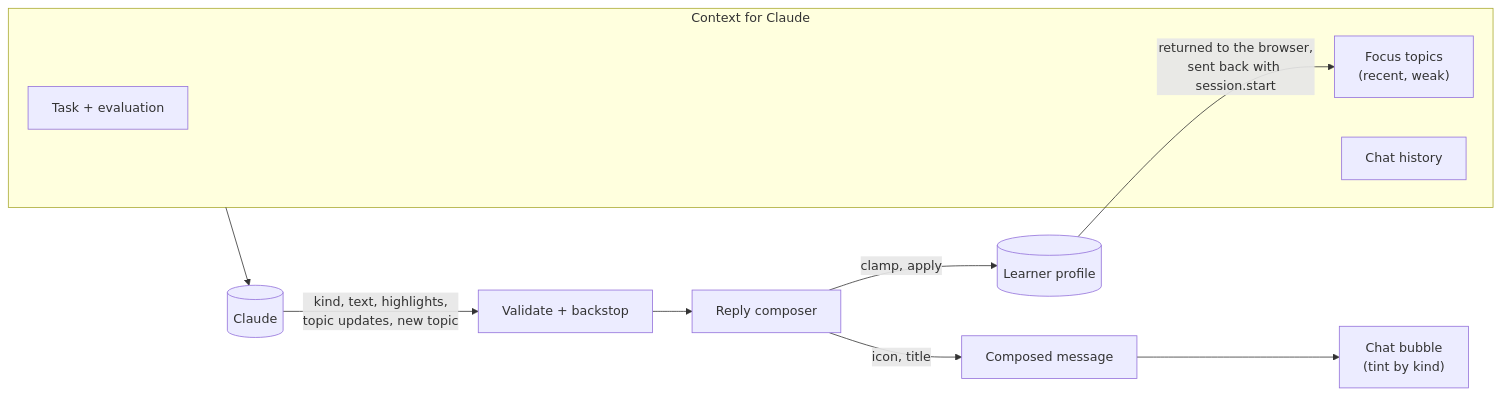
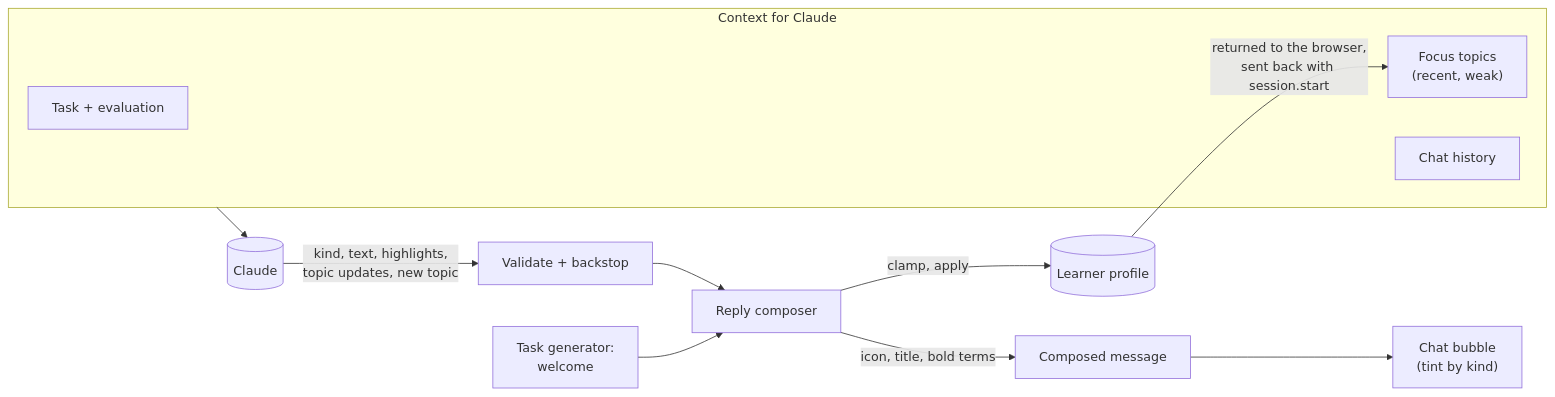
Before and after one commit to VOxFF/schematics-ai-tutor: the fourth of 5 diagrams in docs/design.md, drawn with Mermaid. The commit also changed other lines of this file, not shown here.

````diff
--- a/docs/design.md
+++ b/docs/design.md
@@ -200,15 +204,16 @@
 ```mermaid
 flowchart LR
     subgraph IN["Context for Claude"]
         L[Task + evaluation]
         F["Focus topics<br/>(recent, weak)"]
         H[Chat history]
     end
     IN --> C[(Claude)]
     C -- "kind, text, highlights,<br/>topic updates, new topic" --> V["Validate + backstop"]
     V --> RC["Reply composer"]
     RC -- "clamp, apply" --> P[(Learner profile)]
-    RC -- "icon, title" --> M["Composed message"]
+    G["Task generator:<br/>welcome"] --> RC
+    RC -- "icon, title, bold terms" --> M["Composed message"]
     M --> FE["Chat bubble<br/>(tint by kind)"]
     P -- "returned to the browser,<br/>sent back with session.start" --> F
 ```
````
